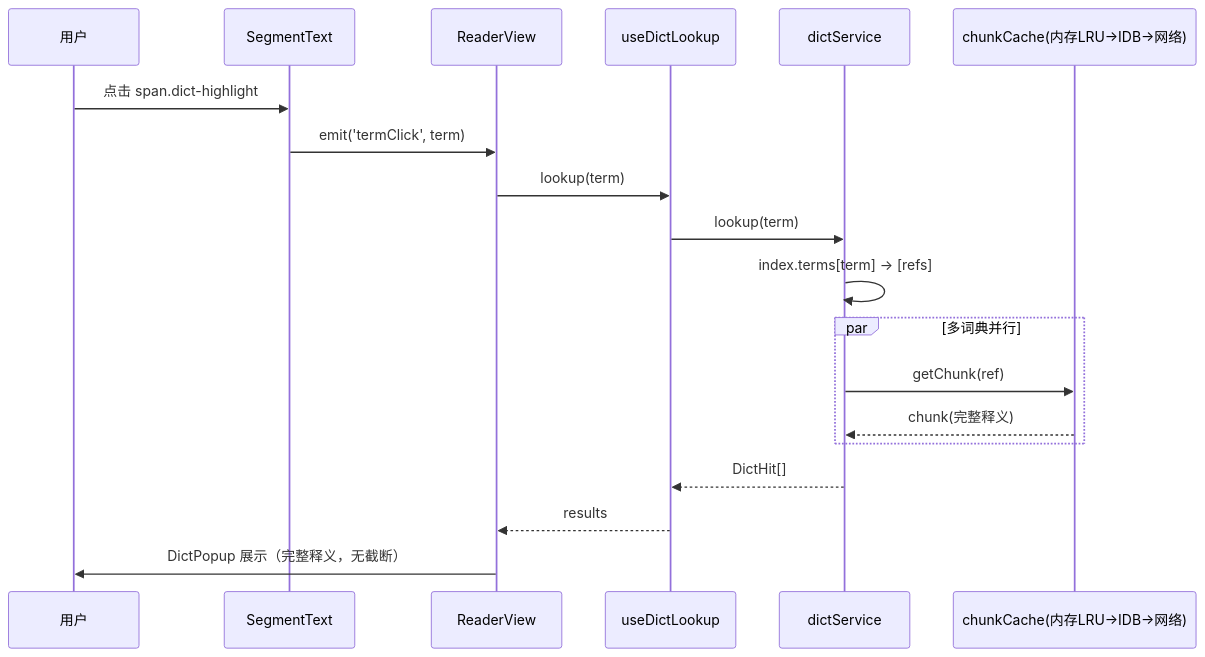
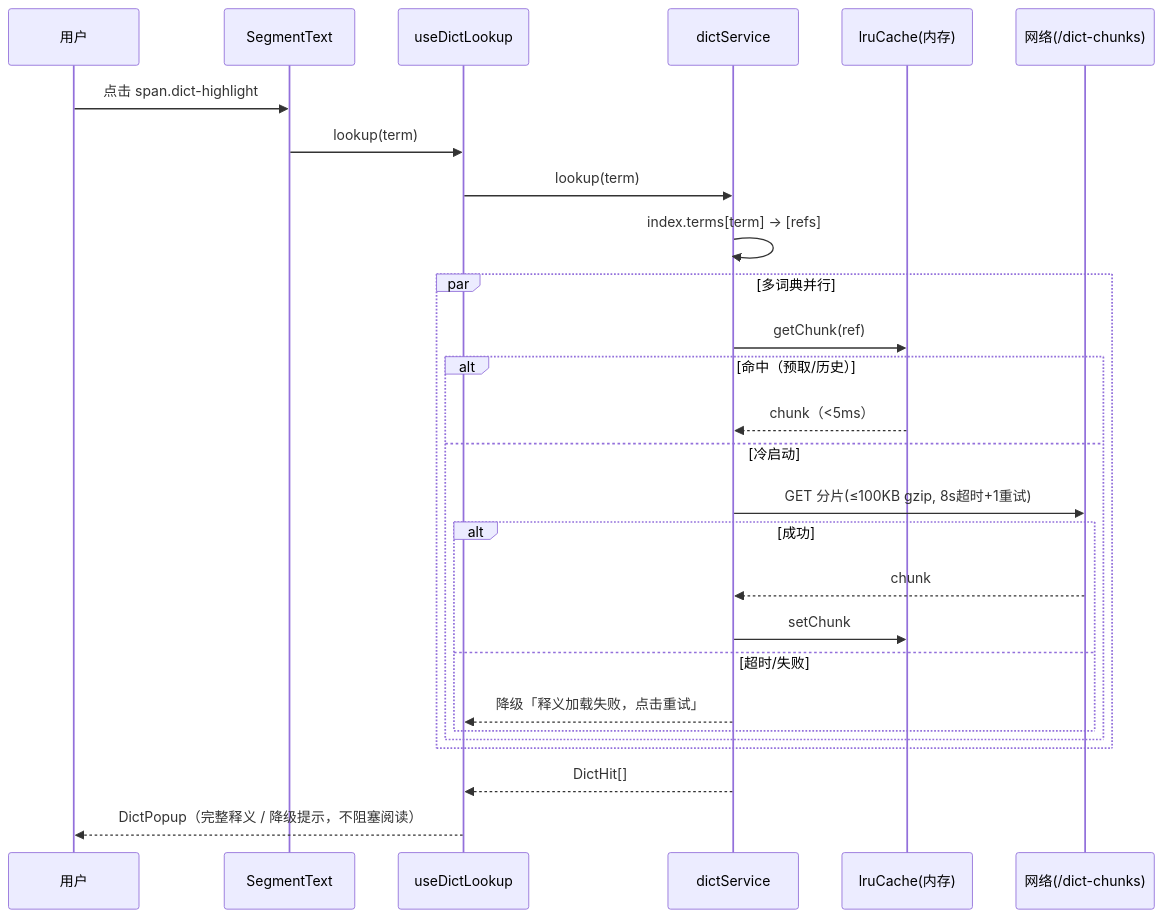
One commit to duckytan/buddhist-reader changed the third of 5 diagrams in docs/plans/2026-09-29-v4.0-development-plan.md. Above: the diagram before and after it, drawn with Mermaid. The commit also changed other lines of this file and 2 other files, not shown here.

````diff
--- a/docs/plans/2026-09-29-v4.0-development-plan.md
+++ b/docs/plans/2026-09-29-v4.0-development-plan.md
@@ -472,21 +628,29 @@
 ```mermaid
 sequenceDiagram
     participant U as 用户
     participant SC as SegmentText
-    participant RV as ReaderView
     participant DL as useDictLookup
     participant DS as dictService
-    participant CC as chunkCache(内存LRU→IDB→网络)
+    participant LRU as lruCache(内存)
+    participant Net as 网络(/dict-chunks)
     U->>SC: 点击 span.dict-highlight
-    SC->>RV: emit('termClick', term)
-    RV->>DL: lookup(term)
+    SC->>DL: lookup(term)
     DL->>DS: lookup(term)
     DS->>DS: index.terms[term] → [refs]
     par 多词典并行
-      DS->>CC: getChunk(ref)
-      CC-->>DS: chunk(完整释义)
+      DS->>LRU: getChunk(ref)
+      alt 命中（预取/历史）
+        LRU-->>DS: chunk（<5ms）
+      else 冷启动
+        DS->>Net: GET 分片(≤100KB gzip, 8s超时+1重试)
+        alt 成功
+          Net-->>DS: chunk
+          DS->>LRU: setChunk
+        else 超时/失败
+          DS-->>DL: 降级「释义加载失败，点击重试」
+        end
+      end
     end
     DS-->>DL: DictHit[]
-    DL-->>RV: results
-    RV->>U: DictPopup 展示（完整释义，无截断）
+    DL-->>U: DictPopup（完整释义 / 降级提示，不阻塞阅读）
 ```
````
